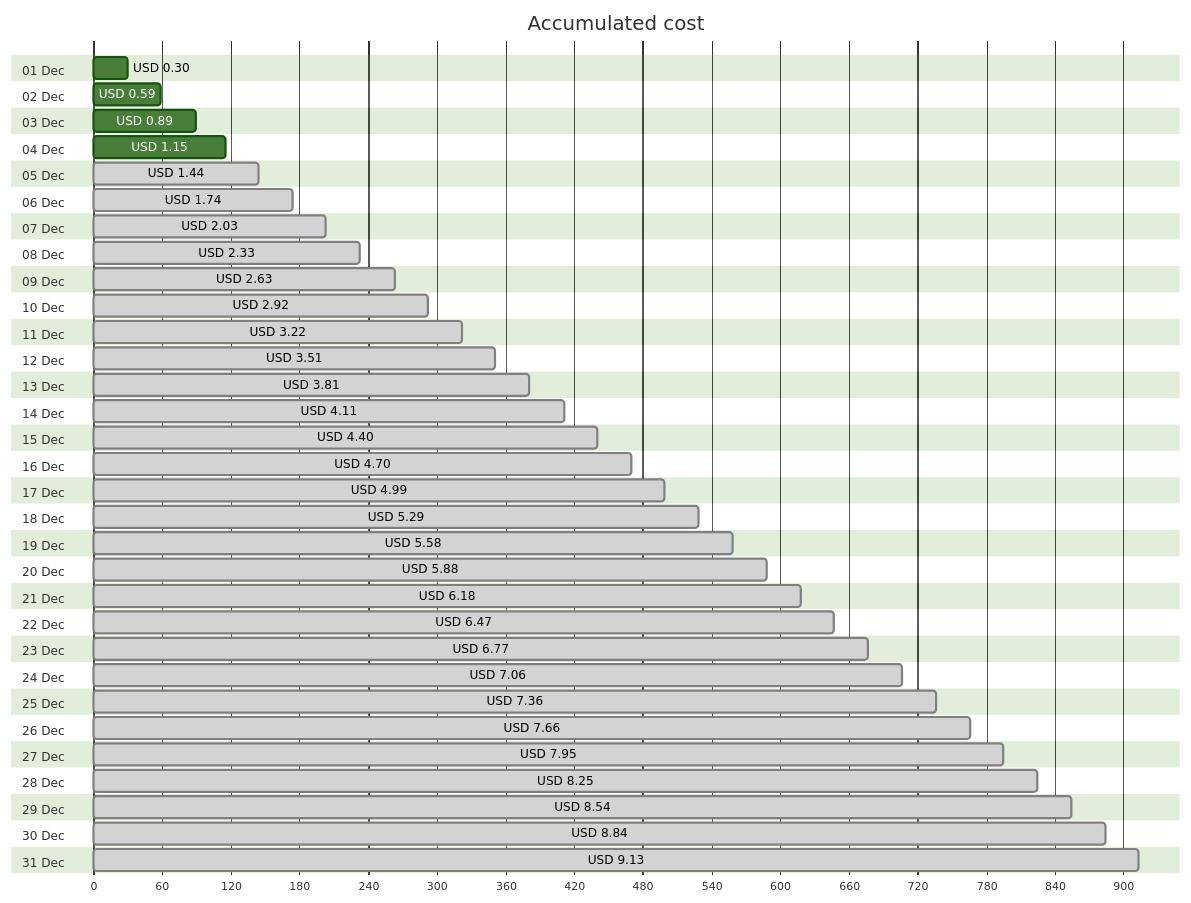
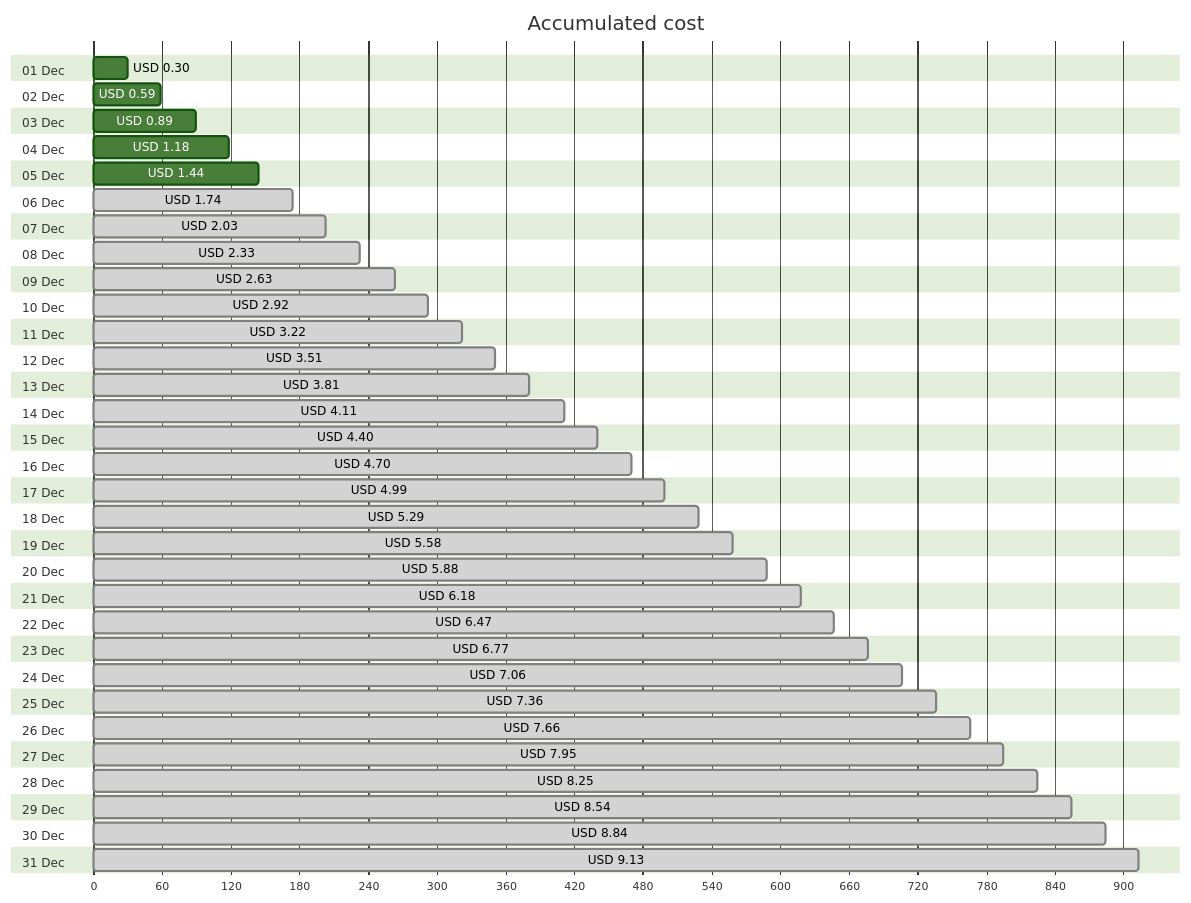
Before and after one commit to jpfulton/azure-personal-reports: the first of 4 diagrams in cost-reports/personal-site/personal-site-preview.md, drawn with Mermaid (forest theme). The commit also changed other lines of this file and 8 other files, not shown here.

````diff
--- a/cost-reports/personal-site/personal-site-preview.md
+++ b/cost-reports/personal-site/personal-site-preview.md
@@ -20,68 +20,68 @@
 ```mermaid
 gantt
    title Accumulated cost
    dateFormat  X
    axisFormat %s
    section 01 Dec
    USD 0.30 :0, 30
    section 02 Dec
    USD 0.59 :0, 59
    section 03 Dec
    USD 0.89 :0, 89
    section 04 Dec
-   USD 1.15 :0, 115
+   USD 1.18 :0, 118
    section 05 Dec
-   USD 1.44 : done, 0, 144
+   USD 1.44 :0, 144
    section 06 Dec
    USD 1.74 : done, 0, 174
    section 07 Dec
    USD 2.03 : done, 0, 203
    section 08 Dec
    USD 2.33 : done, 0, 233
    section 09 Dec
    USD 2.63 : done, 0, 263
    section 10 Dec
    USD 2.92 : done, 0, 292
    section 11 Dec
    USD 3.22 : done, 0, 322
    section 12 Dec
    USD 3.51 : done, 0, 351
    section 13 Dec
    USD 3.81 : done, 0, 381
    section 14 Dec
    USD 4.11 : done, 0, 411
    section 15 Dec
    USD 4.40 : done, 0, 440
    section 16 Dec
    USD 4.70 : done, 0, 470
    section 17 Dec
    USD 4.99 : done, 0, 499
    section 18 Dec
    USD 5.29 : done, 0, 529
    section 19 Dec
    USD 5.58 : done, 0, 558
    section 20 Dec
    USD 5.88 : done, 0, 588
    section 21 Dec
    USD 6.18 : done, 0, 618
    section 22 Dec
    USD 6.47 : done, 0, 647
    section 23 Dec
    USD 6.77 : done, 0, 677
    section 24 Dec
    USD 7.06 : done, 0, 706
    section 25 Dec
    USD 7.36 : done, 0, 736
    section 26 Dec
    USD 7.66 : done, 0, 766
    section 27 Dec
    USD 7.95 : done, 0, 795
    section 28 Dec
    USD 8.25 : done, 0, 825
    section 29 Dec
    USD 8.54 : done, 0, 854
    section 30 Dec
    USD 8.84 : done, 0, 884
    section 31 Dec
    USD 9.13 : done, 0, 913
 ```
````
